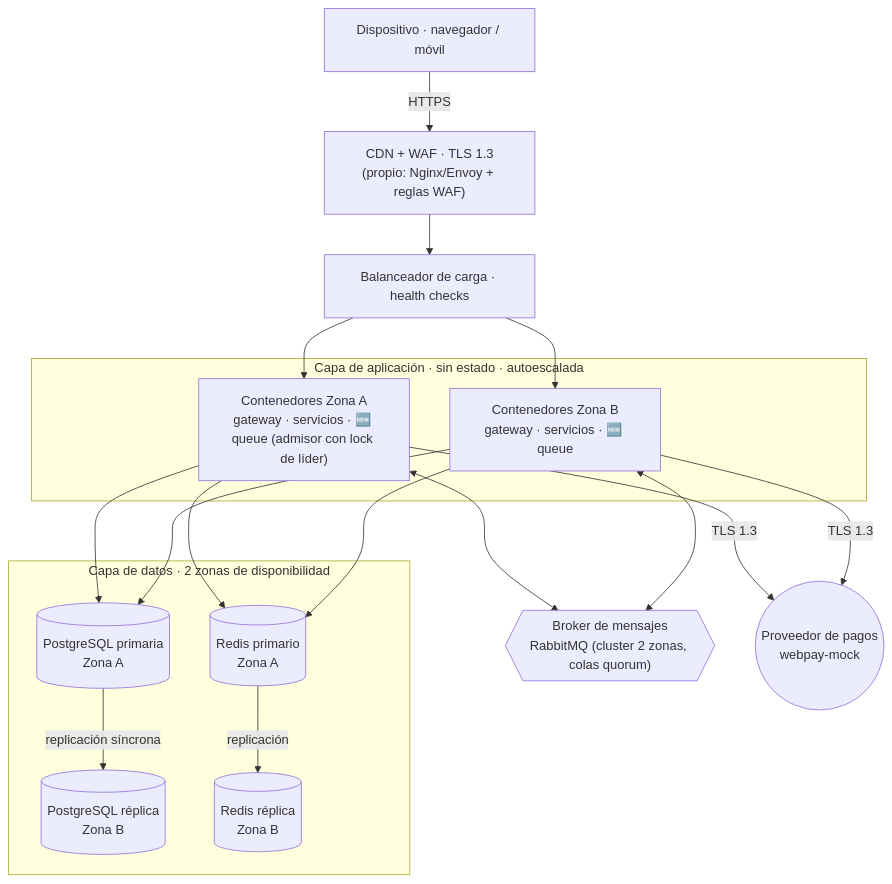
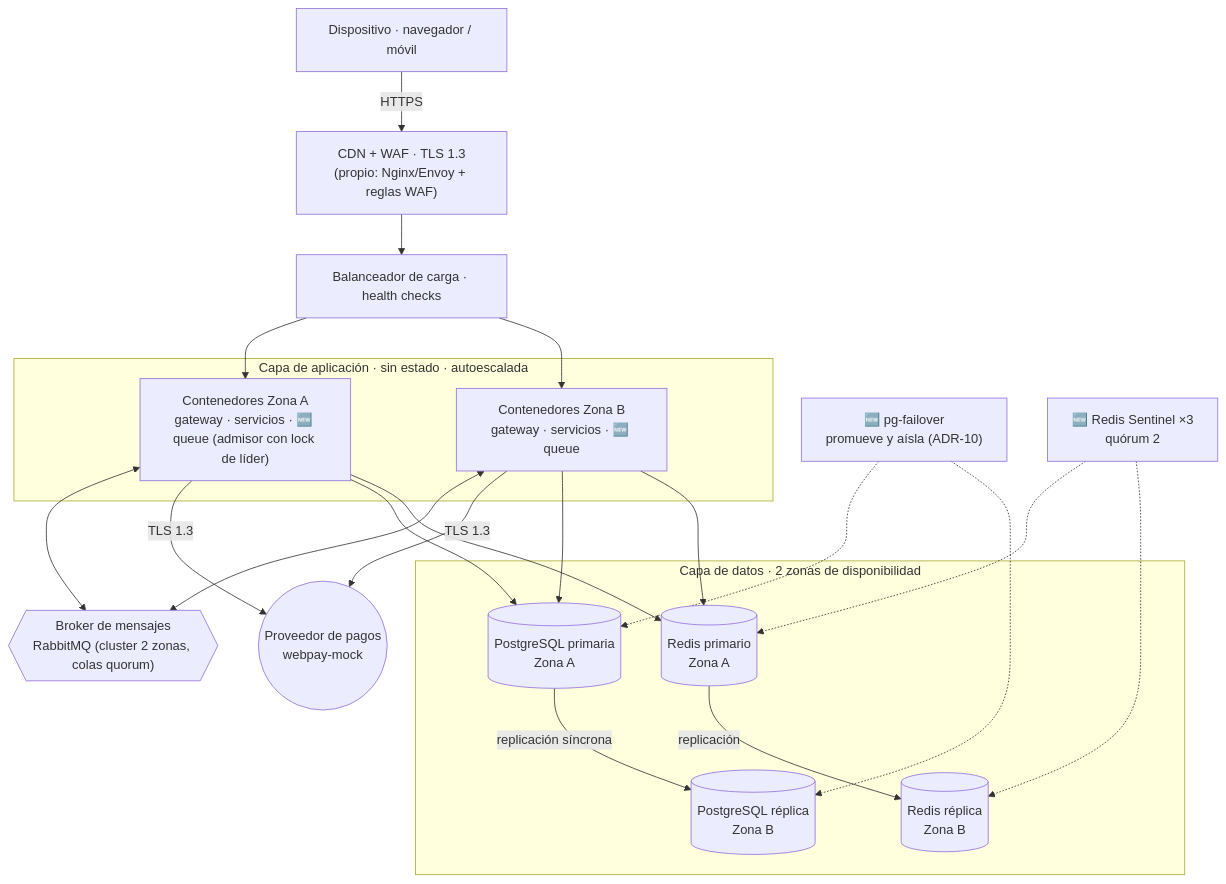
One commit to lexO-dat/ticketera-e-commerce changed the seventh of 7 diagrams in docs/architecture/README.md. Above: the diagram before and after it, drawn with Mermaid. The commit also changed other lines of this file and 4 other files, not shown here.

````diff
--- a/docs/architecture/README.md
+++ b/docs/architecture/README.md
@@ -331,21 +331,23 @@
 ```mermaid
 flowchart TB
   DEV["Dispositivo · navegador / móvil"] -->|HTTPS| CDN["CDN + WAF · TLS 1.3<br/>(propio: Nginx/Envoy + reglas WAF)"]
   CDN --> LB["Balanceador de carga · health checks"]
 
   subgraph APP["Capa de aplicación · sin estado · autoescalada"]
     ZA["Contenedores Zona A<br/>gateway · servicios · 🆕 queue (admisor con lock de líder)"]
     ZB["Contenedores Zona B<br/>gateway · servicios · 🆕 queue"]
   end
   LB --> ZA
   LB --> ZB
   ZA & ZB <--> MQ{{"Broker de mensajes<br/>RabbitMQ (cluster 2 zonas, colas quorum)"}}
   ZA & ZB -->|TLS 1.3| PP(("Proveedor de pagos<br/>webpay-mock"))
 
   subgraph DATA["Capa de datos · 2 zonas de disponibilidad"]
     PGA[("PostgreSQL primaria<br/>Zona A")] -->|replicación síncrona| PGB[("PostgreSQL réplica<br/>Zona B")]
     RDA[("Redis primario<br/>Zona A")] -->|replicación| RDB[("Redis réplica<br/>Zona B")]
   end
+  MON["🆕 pg-failover<br/>promueve y aísla (ADR-10)"] -.-> PGA & PGB
+  SEN["🆕 Redis Sentinel ×3<br/>quórum 2"] -.-> RDA & RDB
   ZA & ZB --> PGA
   ZA & ZB --> RDA
 ```
````
